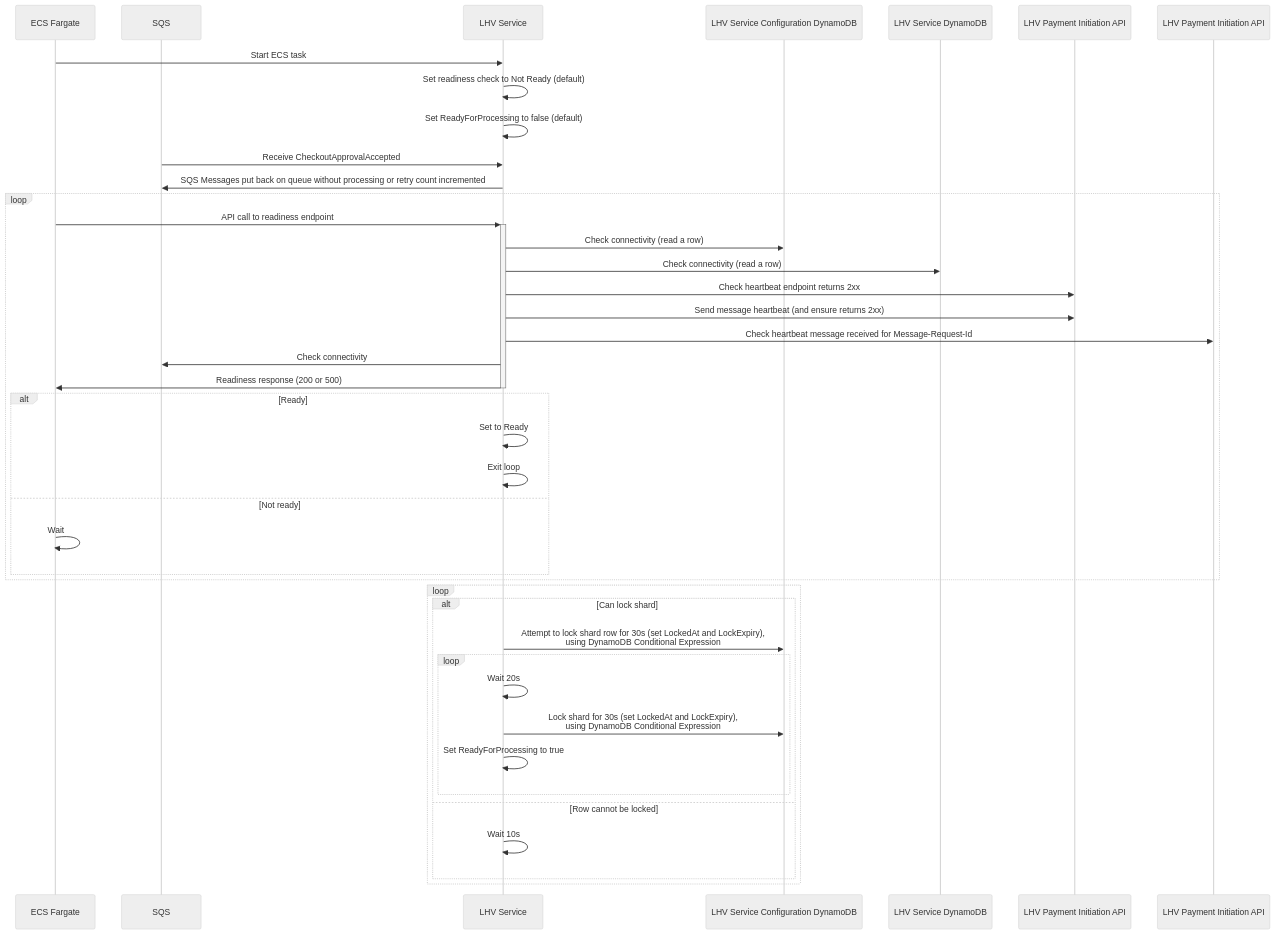
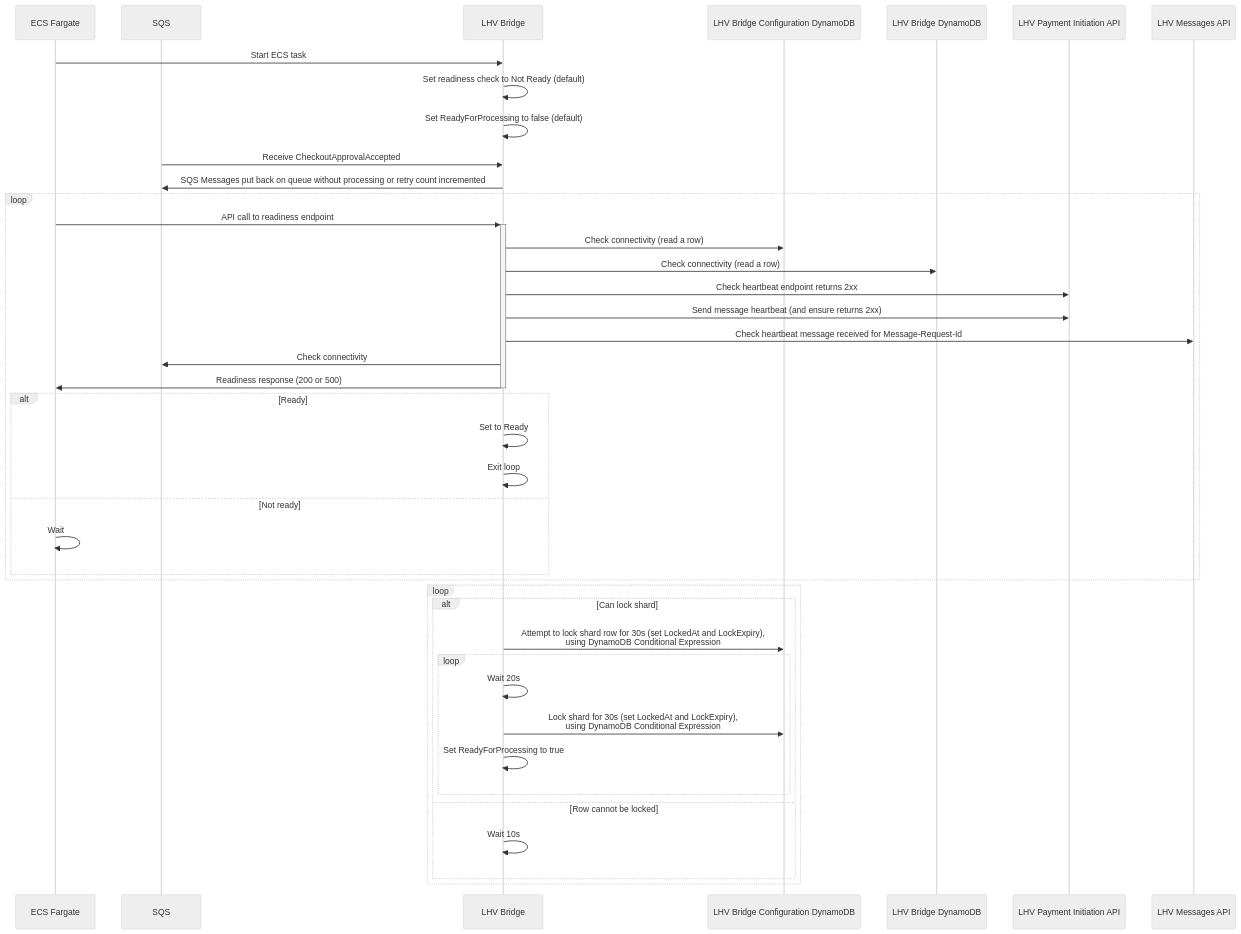
Before and after one commit to mark-gossa-cko/draft-docs: the first of 2 diagrams in emerging-products/bank-payouts/lhv/lhv-service.md, drawn with Mermaid (neutral theme). The commit also changed other lines of this file, not shown here.

Commit message:
Renames service

````diff
--- a/emerging-products/bank-payouts/lhv/lhv-service.md
+++ b/emerging-products/bank-payouts/lhv/lhv-service.md
@@ -7,46 +7,46 @@
 ```mermaid
 sequenceDiagram
 
 participant ecs as ECS Fargate
 participant sqs as SQS
-participant lhvs as LHV Service
-participant lhvscddb as LHV Service Configuration DynamoDB
-participant lhvsddb as LHV Service DynamoDB
+participant lhvb as LHV Bridge
+participant lhvbcddb as LHV Bridge Configuration DynamoDB
+participant lhvbddb as LHV Bridge DynamoDB
 participant lhvapi as LHV Payment Initiation API
-participant lhvmapi as LHV Payment Initiation API
+participant lhvmapi as LHV Messages API
 
-ecs->>lhvs: Start ECS task
-lhvs->>lhvs: Set readiness check to Not Ready (default)
-lhvs->>lhvs: Set ReadyForProcessing to false (default)
-sqs->>lhvs: Receive CheckoutApprovalAccepted
-lhvs->>sqs: SQS Messages put back on queue without processing or retry count incremented
+ecs->>lhvb: Start ECS task
+lhvb->>lhvb: Set readiness check to Not Ready (default)
+lhvb->>lhvb: Set ReadyForProcessing to false (default)
+sqs->>lhvb: Receive CheckoutApprovalAccepted
+lhvb->>sqs: SQS Messages put back on queue without processing or retry count incremented
 loop
-    ecs->>+lhvs: API call to readiness endpoint
-    lhvs->>lhvscddb: Check connectivity (read a row)
-    lhvs->>lhvsddb: Check connectivity (read a row)
-    lhvs->>lhvapi: Check heartbeat endpoint returns 2xx
-    lhvs->>lhvapi: Send message heartbeat (and ensure returns 2xx)
-    lhvs->>lhvmapi: Check heartbeat message received for Message-Request-Id
-    lhvs->>sqs: Check connectivity
-    lhvs->>-ecs: Readiness response (200 or 500)
+    ecs->>+lhvb: API call to readiness endpoint
+    lhvb->>lhvbcddb: Check connectivity (read a row)
+    lhvb->>lhvbddb: Check connectivity (read a row)
+    lhvb->>lhvapi: Check heartbeat endpoint returns 2xx
+    lhvb->>lhvapi: Send message heartbeat (and ensure returns 2xx)
+    lhvb->>lhvmapi: Check heartbeat message received for Message-Request-Id
+    lhvb->>sqs: Check connectivity
+    lhvb->>-ecs: Readiness response (200 or 500)
     alt Ready
-        lhvs->>lhvs: Set to Ready
-        lhvs->>lhvs: Exit loop
+        lhvb->>lhvb: Set to Ready
+        lhvb->>lhvb: Exit loop
     else Not ready
         ecs->>ecs: Wait
     end
 end
 
 loop
     alt Can lock shard
-        lhvs->>lhvscddb: Attempt to lock shard row for 30s (set LockedAt and LockExpiry), <br> using DynamoDB Conditional Expression
+        lhvb->>lhvbcddb: Attempt to lock shard row for 30s (set LockedAt and LockExpiry), <br> using DynamoDB Conditional Expression
         loop 
-            lhvs->>lhvs: Wait 20s
-            lhvs->>lhvscddb: Lock shard for 30s (set LockedAt and LockExpiry), <br> using DynamoDB Conditional Expression
-            lhvs->>lhvs: Set ReadyForProcessing to true
+            lhvb->>lhvb: Wait 20s
+            lhvb->>lhvbcddb: Lock shard for 30s (set LockedAt and LockExpiry), <br> using DynamoDB Conditional Expression
+            lhvb->>lhvb: Set ReadyForProcessing to true
         end
     else Row cannot be locked
-        lhvs->>lhvs: Wait 10s
+        lhvb->>lhvb: Wait 10s
     end
 end
 ```
````
